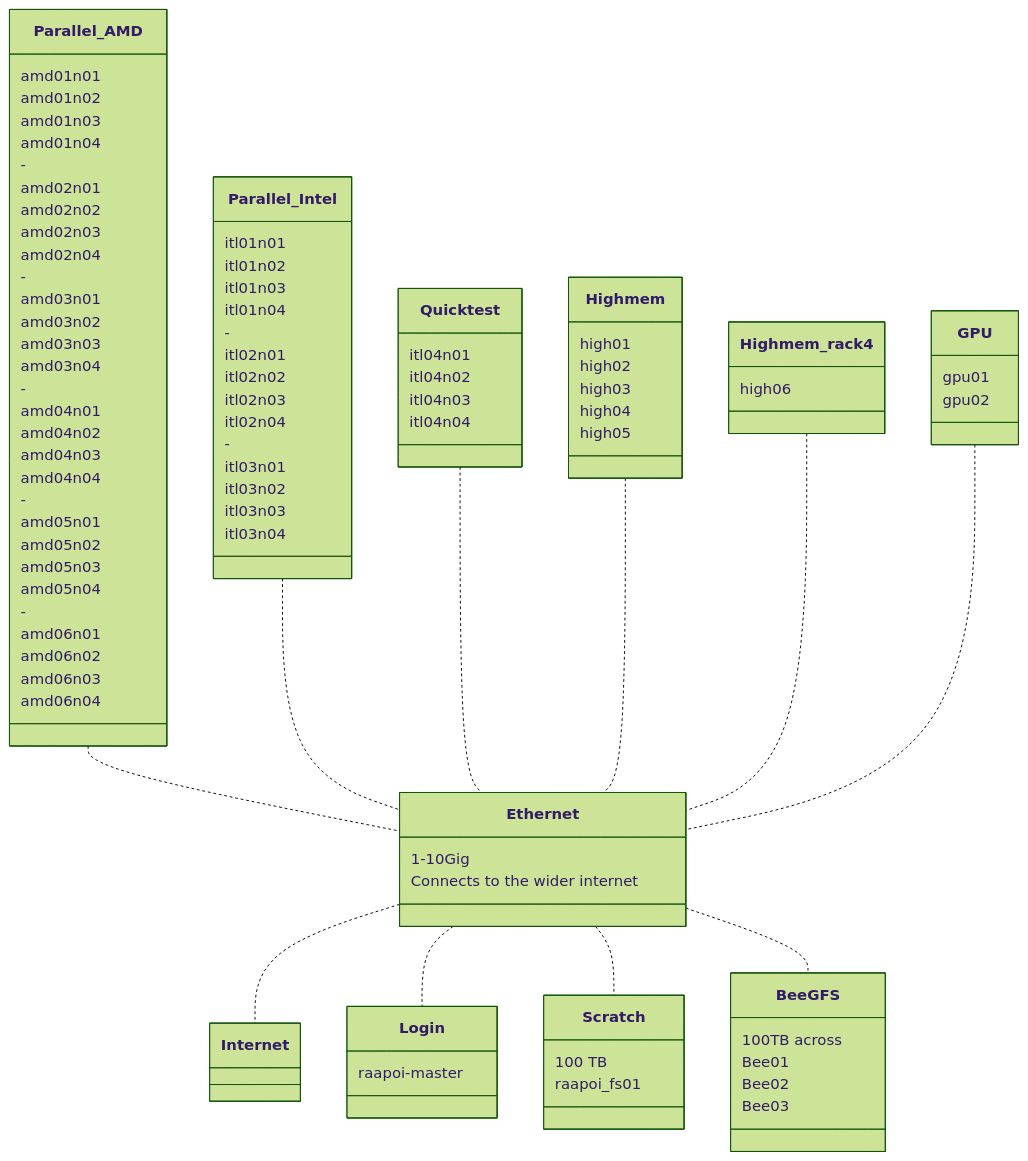
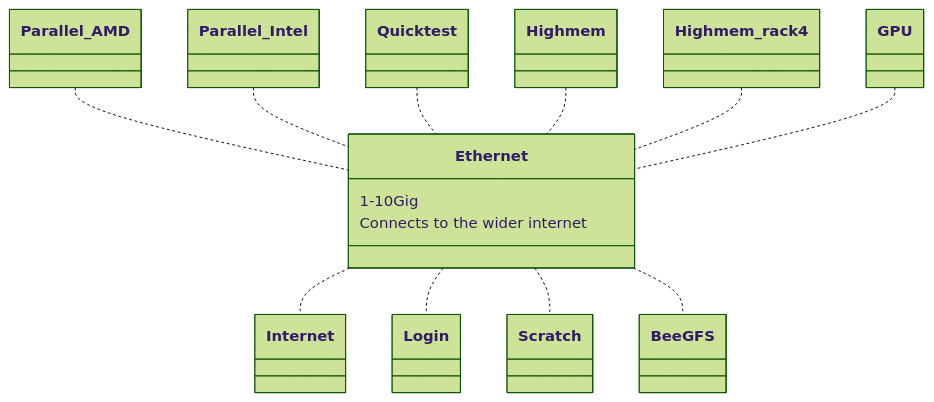
Before and after one commit to vuw-research-computing/raapoi-docs: the second of 3 diagrams in docs/hpclayout.md, drawn with Mermaid (forest theme). The commit also changed other lines of this file, not shown here.

Commit message:
More terse version

````diff
--- a/docs/hpclayout.md
+++ b/docs/hpclayout.md
@@ -129,83 +129,21 @@
         Connects to the wider internet
     }
         class Scratch {
-        100 TB
-        raapoi_fs01
     }
     class BeeGFS {
-        100TB across
-        Bee01
-        Bee02
-        Bee03
     }
     class Login {
-        raapoi-master
     }
     class Parallel_AMD {
-        amd01n01
-        amd01n02
-        amd01n03
-        amd01n04
-        -
-        amd02n01
-        amd02n02
-        amd02n03
-        amd02n04
-        -
-        amd03n01
-        amd03n02
-        amd03n03
-        amd03n04
-        -
-        amd04n01
-        amd04n02
-        amd04n03
-        amd04n04
-        -
-        amd05n01
-        amd05n02
-        amd05n03
-        amd05n04
-        -
-        amd06n01
-        amd06n02
-        amd06n03
-        amd06n04
     }
     class Parallel_Intel{
-        itl01n01
-        itl01n02
-        itl01n03
-        itl01n04
-        -
-        itl02n01
-        itl02n02
-        itl02n03
-        itl02n04
-        -
-        itl03n01
-        itl03n02
-        itl03n03
-        itl03n04
     }
     class Quicktest{
-        itl04n01
-        itl04n02
-        itl04n03
-        itl04n04
     }
     class Highmem{
-        high01
-        high02
-        high03
-        high04
-        high05
     }
     class Highmem_rack4{
-        high06
     }
-   class GPU{
-        gpu01
-        gpu02  
+   class GPU{ 
     }
 ```
````
